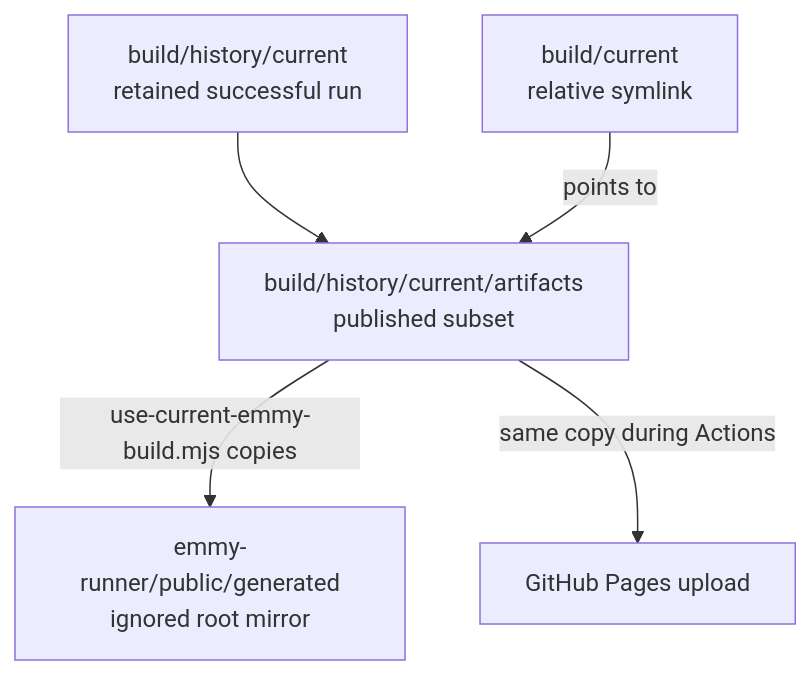
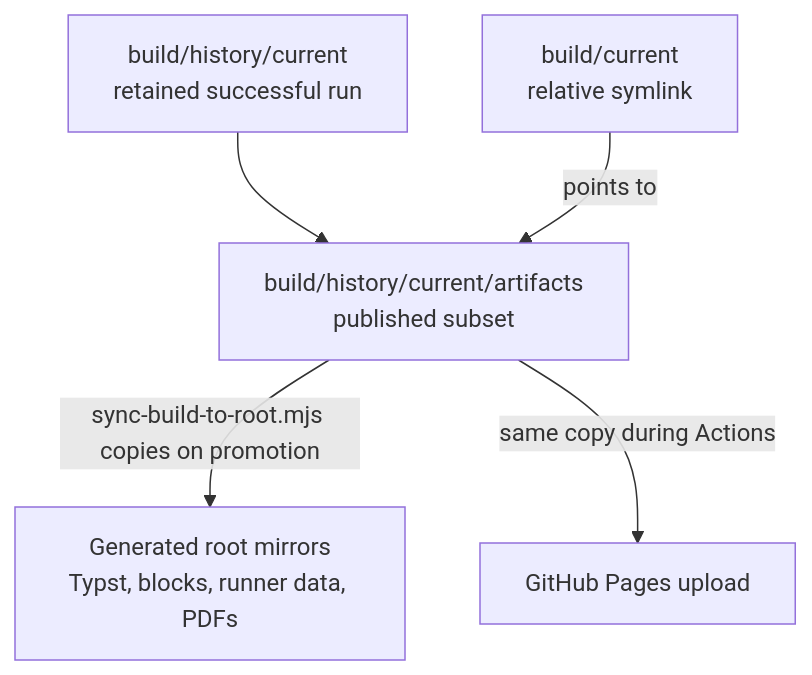
The second of 9 diagrams in ARCHITECTURE.md (clvnkhr/fdgtyp), drawn with Mermaid before and after one commit. The commit also changed other lines of this file and 3335 other files, not shown here.

````diff
--- a/ARCHITECTURE.md
+++ b/ARCHITECTURE.md
@@ -115,13 +116,13 @@
 ```mermaid
 flowchart TD
     history[build/history/current<br/>retained successful run]
     artifacts[build/history/current/artifacts<br/>published subset]
     symlink[build/current<br/>relative symlink]
-    mirror[emmy-runner/public/generated<br/>ignored root mirror]
+    mirrors[Generated root mirrors<br/>Typst, blocks, runner data, PDFs]
     deploy[GitHub Pages upload]
 
     history --> artifacts
     symlink -->|points to| artifacts
-    artifacts -->|use-current-emmy-build.mjs copies| mirror
+    artifacts -->|sync-build-to-root.mjs copies on promotion| mirrors
     artifacts -->|same copy during Actions| deploy
 ```
````
